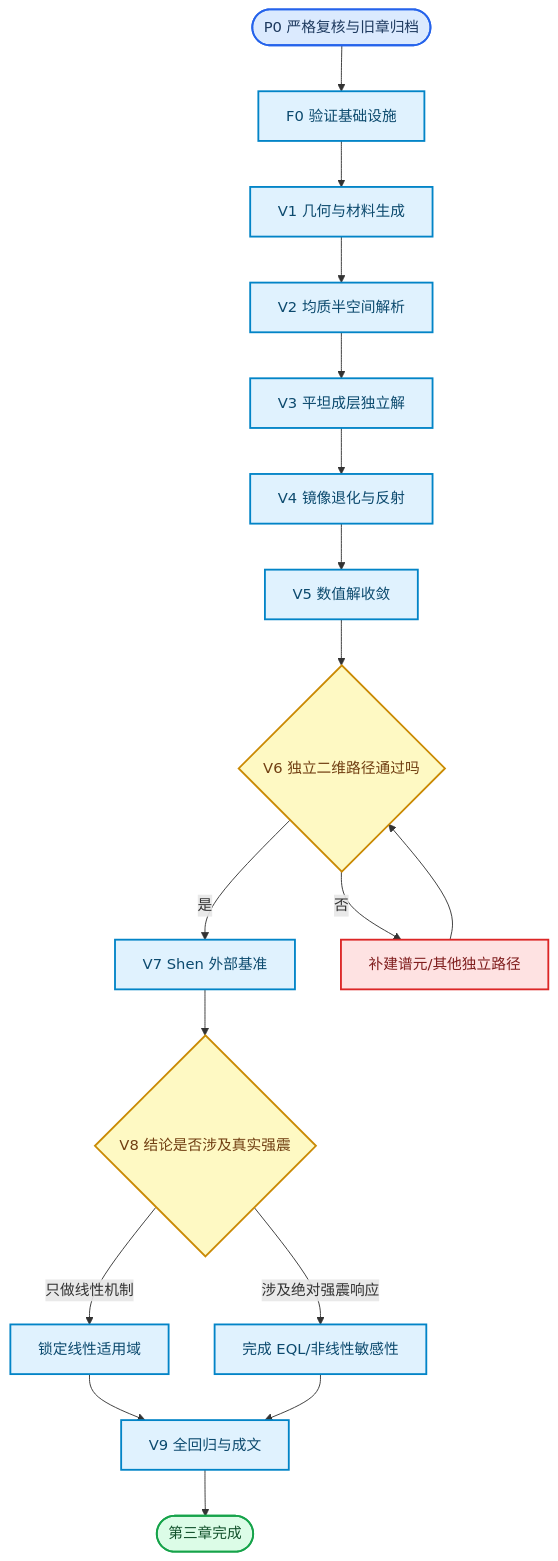
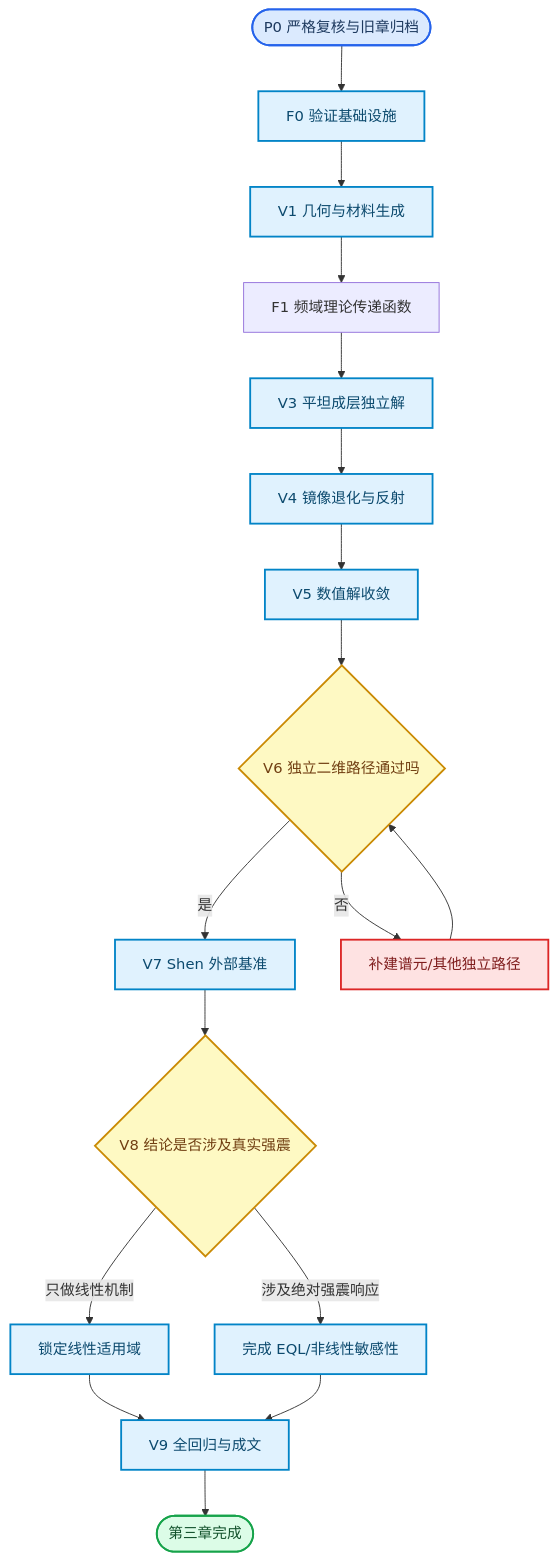
One commit to joyjoyfresh/AbqScripts changed the first of 2 diagrams in docs/计划文档/第三章数值模型与可信性验证实施计划.md. Above: the diagram before and after it, drawn with Mermaid. The commit also changed other lines of this file and 25 other files, not shown here.

````diff
--- a/docs/计划文档/第三章数值模型与可信性验证实施计划.md
+++ b/docs/计划文档/第三章数值模型与可信性验证实施计划.md
@@ -74,34 +74,34 @@
 ```mermaid
 flowchart TB
     accTitle: 第三章有限元可信性证据链
     accDescr: 先修复平坦验证、独立参考和多门槛数据基础，再依次完成端到端解析验证、成层独立对比、数值解收敛、独立二维交叉和外部文献基准，最后界定线性适用范围并冻结生产参数。
 
     p0([P0 严格复核与旧章归档]) --> f0[F0 验证基础设施]
     f0 --> v1[V1 几何与材料生成]
-    v1 --> v2[V2 均质半空间解析]
-    v2 --> v3[V3 平坦成层独立解]
+    v1 --> f1[F1 频域理论传递函数]
+    f1 --> v3[V3 平坦成层独立解]
     v3 --> v4[V4 镜像退化与反射]
     v4 --> v5[V5 数值解收敛]
     v5 --> v6{V6 独立二维路径通过吗}
     v6 -->|是| v7[V7 Shen 外部基准]
     v6 -->|否| fix6[补建谱元/其他独立路径]
     fix6 --> v6
     v7 --> v8{V8 结论是否涉及真实强震}
     v8 -->|只做线性机制| scope8[锁定线性适用域]
     v8 -->|涉及绝对强震响应| eql8[完成 EQL/非线性敏感性]
     scope8 --> v9[V9 全回归与成文]
     eql8 --> v9
     v9 --> done([第三章完成])
 
     classDef start fill:#dbeafe,stroke:#2563eb,stroke-width:2px,color:#1e3a5f
     classDef process fill:#e0f2fe,stroke:#0284c7,stroke-width:2px,color:#0c4a6e
     classDef decision fill:#fef9c3,stroke:#ca8a04,stroke-width:2px,color:#713f12
     classDef repair fill:#fee2e2,stroke:#dc2626,stroke-width:2px,color:#7f1d1d
     classDef finish fill:#dcfce7,stroke:#16a34a,stroke-width:2px,color:#14532d
 
     class p0 start
     class f0,v1,v2,v3,v4,v5,v7,scope8,eql8,v9 process
     class v6,v8 decision
     class fix6 repair
     class done finish
 ```
````
